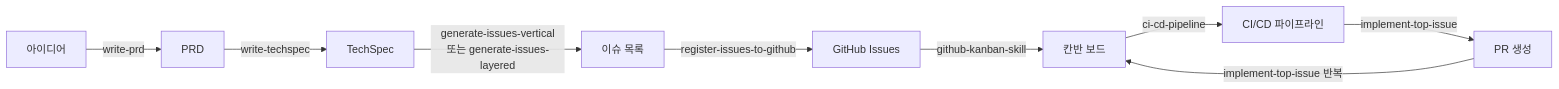
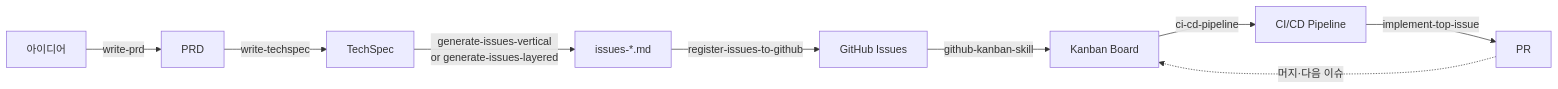
The diagram in README.md (ischung/sdlc), drawn with Mermaid before and after one commit. The commit also changed other lines of this file, not shown here.

````diff
--- a/README.md
+++ b/README.md
@@ -138,11 +116,11 @@
 ```mermaid
 flowchart LR
     A[아이디어] -->|write-prd| B[PRD]
     B -->|write-techspec| C[TechSpec]
-    C -->|generate-issues-vertical<br/>또는 generate-issues-layered| D[이슈 목록]
+    C -->|generate-issues-vertical<br/>or generate-issues-layered| D[issues-*.md]
     D -->|register-issues-to-github| E[GitHub Issues]
-    E -->|github-kanban-skill| F[칸반 보드]
-    F -->|ci-cd-pipeline| G[CI/CD 파이프라인]
-    G -->|implement-top-issue| H[PR 생성]
-    H -->|implement-top-issue 반복| F
+    E -->|github-kanban-skill| F[Kanban Board]
+    F -->|ci-cd-pipeline| G[CI/CD Pipeline]
+    G -->|implement-top-issue| H[PR]
+    H -.머지·다음 이슈.-> F
 ```
````
